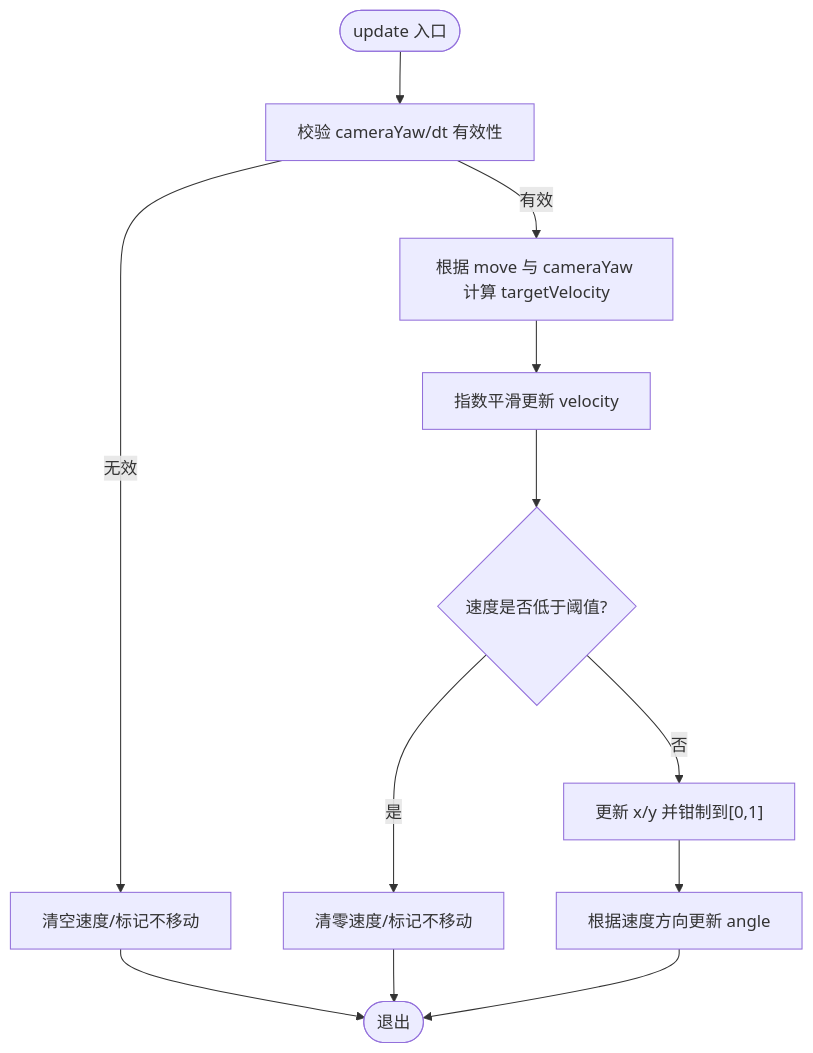
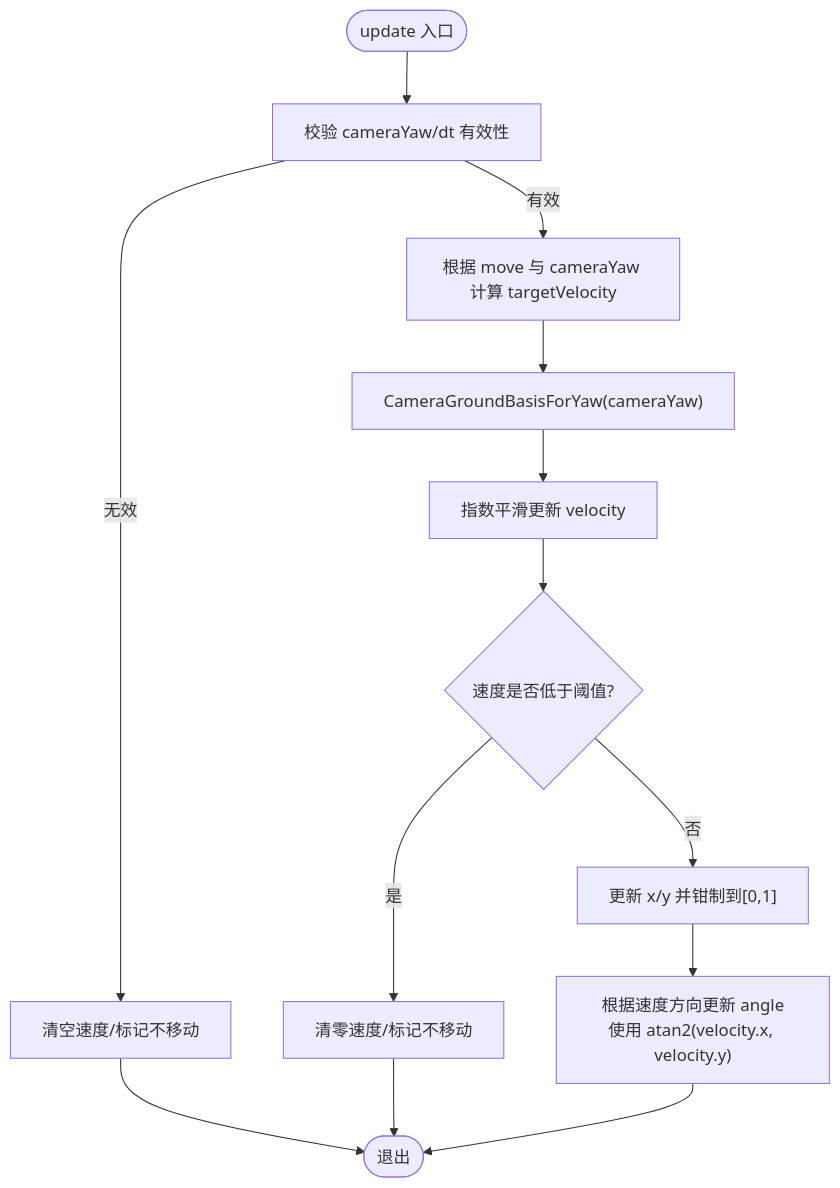
The third of 8 diagrams in .qoder/repowiki/zh/content/游戏逻辑系统/玩家控制系统.md (sj123sheng/my-world), drawn with Mermaid before and after one commit. The commit also changed other lines of this file and 28 other files, not shown here.

````diff
--- a/.qoder/repowiki/zh/content/游戏逻辑系统/玩家控制系统.md
+++ b/.qoder/repowiki/zh/content/游戏逻辑系统/玩家控制系统.md
@@ -173,12 +171,13 @@
 ```mermaid
 flowchart TD
 Start(["update 入口"]) --> Validate["校验 cameraYaw/dt 有效性"]
 Validate --> |无效| Reset["清空速度/标记不移动"] --> End(["退出"])
 Validate --> |有效| ComputeTarget["根据 move 与 cameraYaw 计算 targetVelocity"]
-ComputeTarget --> Smooth["指数平滑更新 velocity"]
+ComputeTarget --> BasisCalc["CameraGroundBasisForYaw(cameraYaw)"]
+BasisCalc --> Smooth["指数平滑更新 velocity"]
 Smooth --> StopCheck{"速度是否低于阈值?"}
 StopCheck --> |是| ClearVel["清零速度/标记不移动"] --> End
 StopCheck --> |否| MovePos["更新 x/y 并钳制到[0,1]"]
-MovePos --> UpdateAngle["根据速度方向更新 angle"]
+MovePos --> UpdateAngle["根据速度方向更新 angle<br/>使用 atan2(velocity.x, velocity.y)"]
 UpdateAngle --> End
 ```
````
